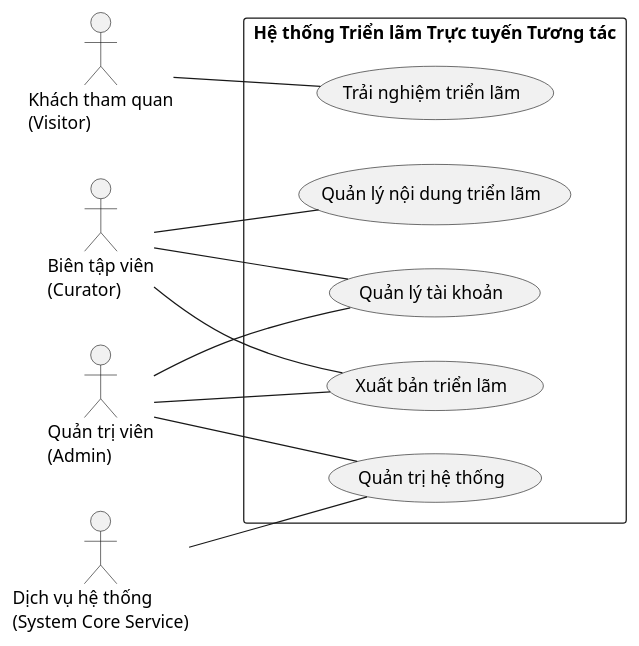
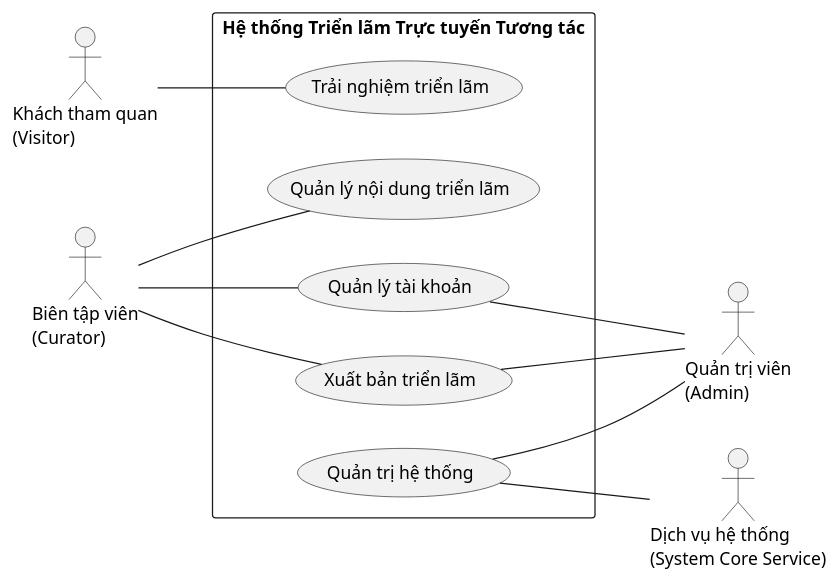
Before and after one commit to QuangLy1250080112/PlantUML_Mohinhhoa: the diagram in usecase.puml, drawn with PlantUML. The commit also changed 3 other files, not shown here.

Commit message:
Khoi tao 5 so do UML bang ma PlantUML ver 1.1

```diff
--- a/usecase.puml
+++ b/usecase.puml
@@ -1,27 +1,32 @@
 @startuml name "Hệ thống Triển lãm Trực tuyến Tương tác" title "Use Case Diagram - Hệ thống Triển lãm Trực tuyến Tương tác"
 left to right direction
 
+' Khai báo Tác nhân bên trái
 actor "Khách tham quan\n(Visitor)" as Visitor
 actor "Biên tập viên\n(Curator)" as Curator
-actor "Quản trị viên\n(Admin)" as Admin
-actor "Dịch vụ hệ thống\n(System Core Service)" as SystemService
 
 rectangle "Hệ thống Triển lãm Trực tuyến Tương tác" {
   usecase "Trải nghiệm triển lãm" as UC1
   usecase "Quản lý nội dung triển lãm" as UC2
   usecase "Quản lý tài khoản" as UC3
   usecase "Xuất bản triển lãm" as UC4
   usecase "Quản trị hệ thống" as UC5
 }
 
+' Khai báo Tác nhân bên phải
+actor "Quản trị viên\n(Admin)" as Admin
+actor "Dịch vụ hệ thống\n(System Core Service)" as SystemService
+
+' Nối liên kết phía bên trái (Actor -> Use Case)
 Visitor -- UC1
 Curator -- UC2
 Curator -- UC3
 Curator -- UC4
 
-Admin -- UC3
-Admin -- UC4
-Admin -- UC5
+' Nối liên kết phía bên phải (Use Case -> Actor để đẩy Actor sang phải)
+UC3 -- Admin
+UC4 -- Admin
+UC5 -- Admin
 
-SystemService -- UC5
+UC5 -- SystemService
 @endl
```
